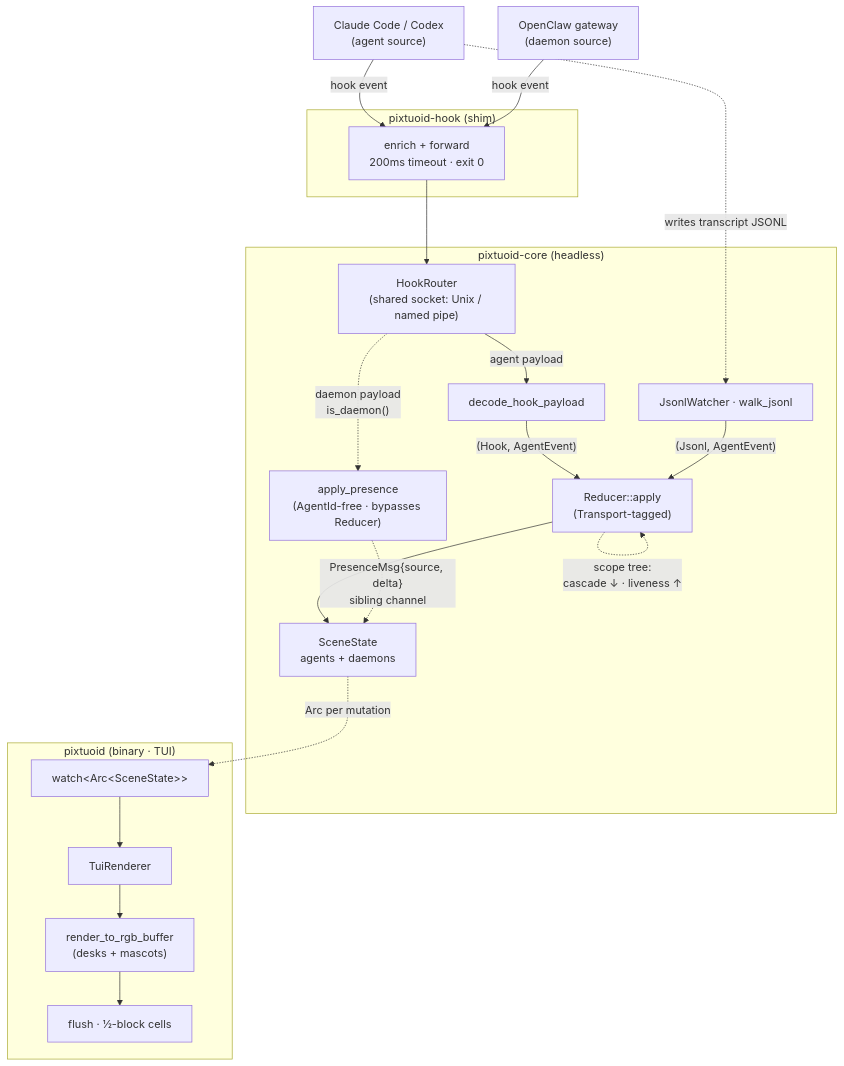
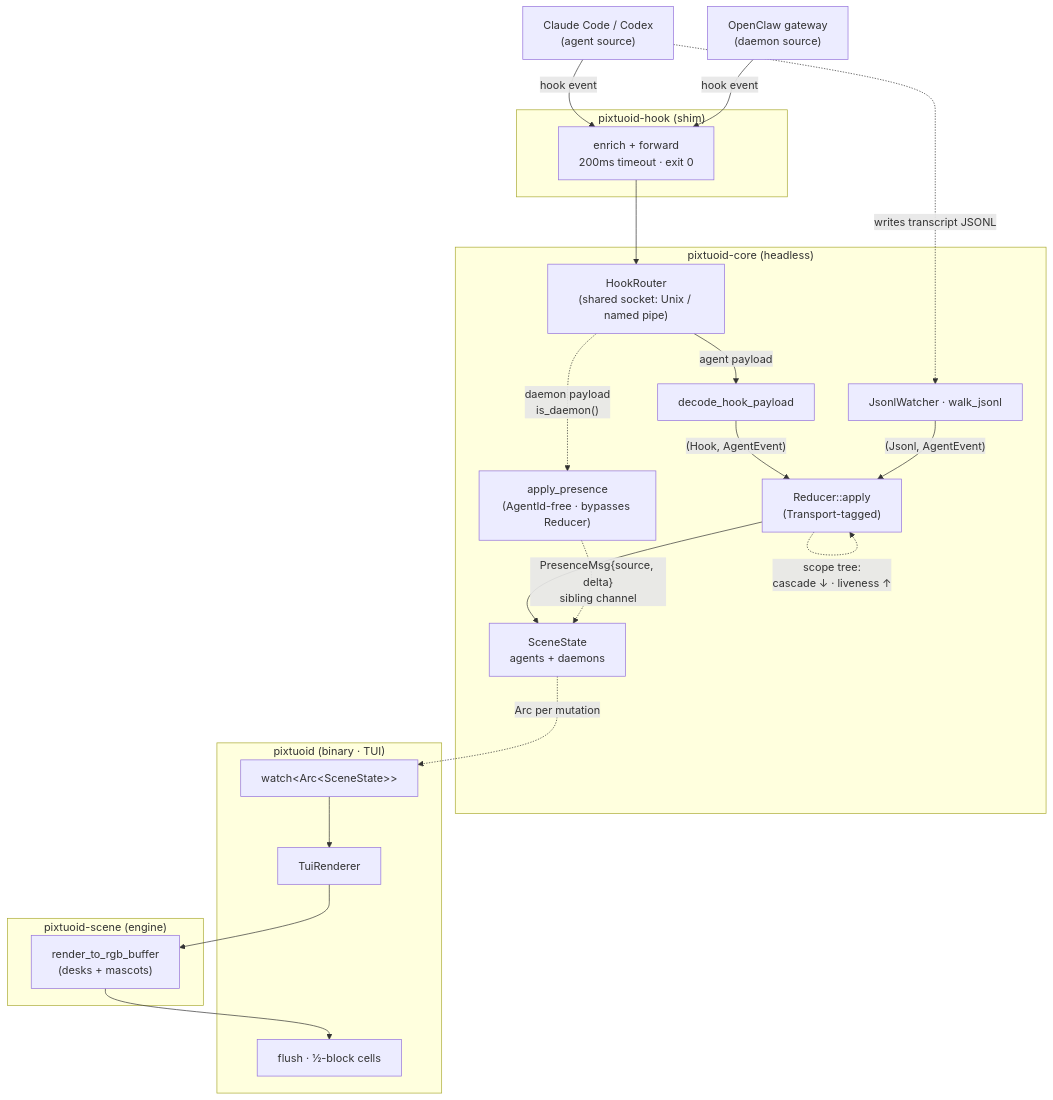
Before and after one commit to andyzhou0692-svg/Pocket-Office: the diagram in docs/ARCHITECTURE.md, drawn with Mermaid. The commit also changed other lines of this file and 5 other files, not shown here.

````diff
--- a/docs/ARCHITECTURE.md
+++ b/docs/ARCHITECTURE.md
@@ -64,41 +64,45 @@
 ```mermaid
 flowchart TB
   accTitle: pixtuoid data flow
-  accDescr: A hook or transcript event flows from a coding agent (Claude Code, Codex) through the pixtuoid-hook shim into pixtuoid-core, where a HookRouter demuxes agent payloads to the Transport-tagged reducer and SceneState.agents. A daemon gateway (OpenClaw) shares the same shim and socket but is routed instead to apply_presence and SceneState.daemons over a sibling channel that bypasses the reducer. The pixtuoid TUI renderer then paints the whole scene through a terminal-agnostic pixel pass and a half-block flush.
+  accDescr: A hook or transcript event flows from a coding agent (Claude Code, Codex) through the pixtuoid-hook shim into pixtuoid-core, where a HookRouter demuxes agent payloads to the Transport-tagged reducer and SceneState.agents. A daemon gateway (OpenClaw) shares the same shim and socket but is routed instead to apply_presence and SceneState.daemons over a sibling channel that bypasses the reducer. The pixtuoid TUI renderer then paints the whole scene through the pixtuoid-scene engine's terminal-agnostic pixel pass and a half-block flush.
   CC["Claude Code / Codex<br/>(agent source)"]
   OC["OpenClaw gateway<br/>(daemon source)"]
 
   subgraph hook["pixtuoid-hook (shim)"]
     SH["enrich + forward<br/>200ms timeout · exit 0"]
   end
 
   subgraph core["pixtuoid-core (headless)"]
     L["HookRouter<br/>(shared socket: Unix / named pipe)"]
     D["decode_hook_payload"]
     J["JsonlWatcher · walk_jsonl"]
     R["Reducer::apply<br/>(Transport-tagged)"]
     AP["apply_presence<br/>(AgentId-free · bypasses Reducer)"]
     S["SceneState<br/>agents + daemons"]
     L -->|agent payload| D
     L -.->|"daemon payload<br/>is_daemon()"| AP
     D -->|"(Hook, AgentEvent)"| R
     J -->|"(Jsonl, AgentEvent)"| R
     R --> S
     AP -.->|"PresenceMsg{source, delta}<br/>sibling channel"| S
     R -.->|"scope tree:<br/>cascade ↓ · liveness ↑"| R
   end
 
   subgraph bin["pixtuoid (binary · TUI)"]
     W["watch&lt;Arc&lt;SceneState&gt;&gt;"]
     TR["TuiRenderer"]
+    FL["flush · ½-block cells"]
+  end
+
+  subgraph scene["pixtuoid-scene (engine)"]
     PX["render_to_rgb_buffer<br/>(desks + mascots)"]
-    FL["flush · ½-block cells"]
-    W --> TR --> PX --> FL
   end
+
+  W --> TR --> PX --> FL
 
   CC -->|hook event| SH
   OC -->|hook event| SH
   SH --> L
   CC -.->|writes transcript JSONL| J
   S -. Arc per mutation .-> W
 ```
````
